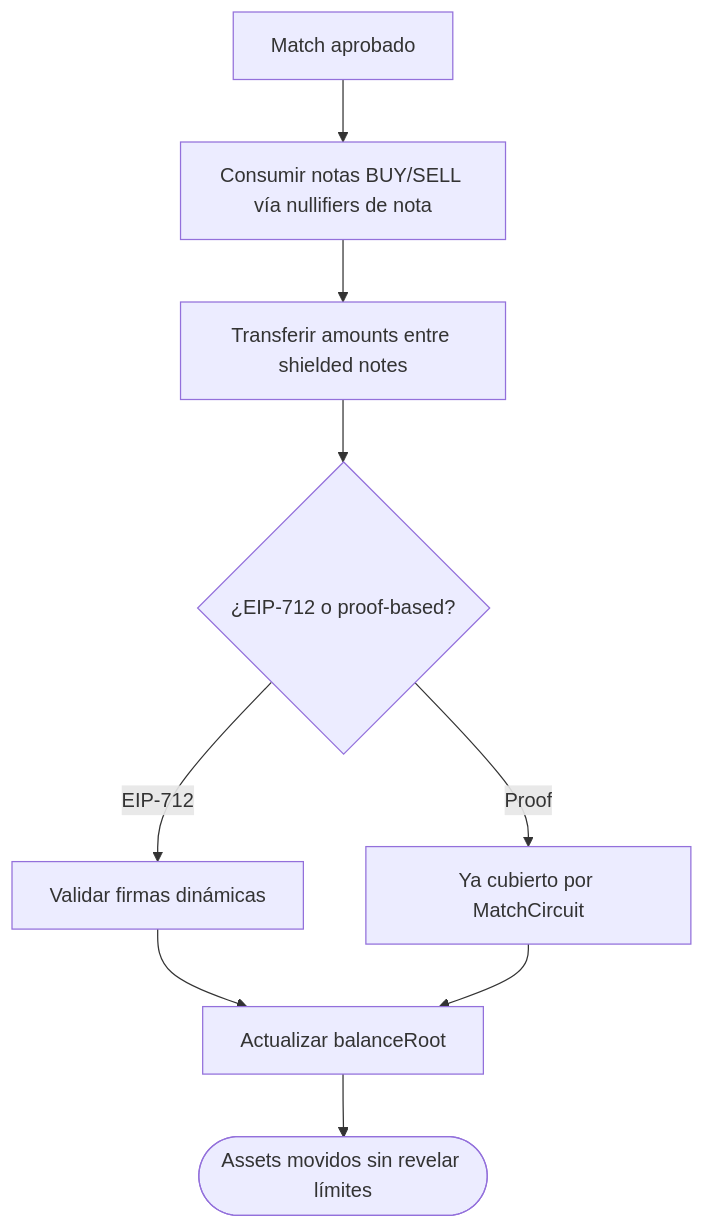
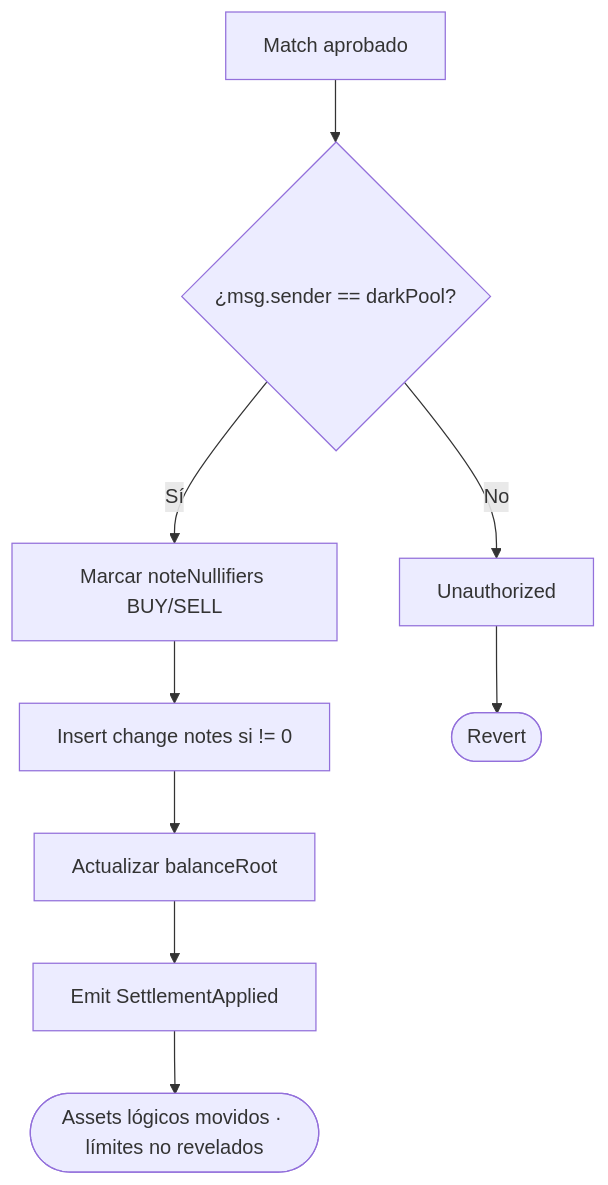
Before and after one commit to rastrahm/zk-dark-pool: the seventh of 7 diagrams in doc/diagrama-de-flujo.md, drawn with Mermaid. The commit also changed other lines of this file and 13 other files, not shown here.

````diff
--- a/doc/diagrama-de-flujo.md
+++ b/doc/diagrama-de-flujo.md
@@ -122,11 +125,11 @@
 ```mermaid
 flowchart TD
-    A[Match aprobado] --> B[Consumir notas BUY/SELL vía nullifiers de nota]
-    B --> C[Transferir amounts entre shielded notes]
-    C --> D{¿EIP-712 o proof-based?}
-    D -->|EIP-712| E[Validar firmas dinámicas]
-    D -->|Proof| F[Ya cubierto por MatchCircuit]
-    E --> G[Actualizar balanceRoot]
-    F --> G
-    G --> Done([Assets movidos sin revelar límites])
+    A[Match aprobado] --> B{¿msg.sender == darkPool?}
+    B -->|No| U[Unauthorized]
+    B -->|Sí| C[Marcar noteNullifiers BUY/SELL]
+    C --> D[Insert change notes si != 0]
+    D --> E[Actualizar balanceRoot]
+    E --> F[Emit SettlementApplied]
+    U --> Fail([Revert])
+    F --> Done([Assets lógicos movidos · límites no revelados])
 ```
````
